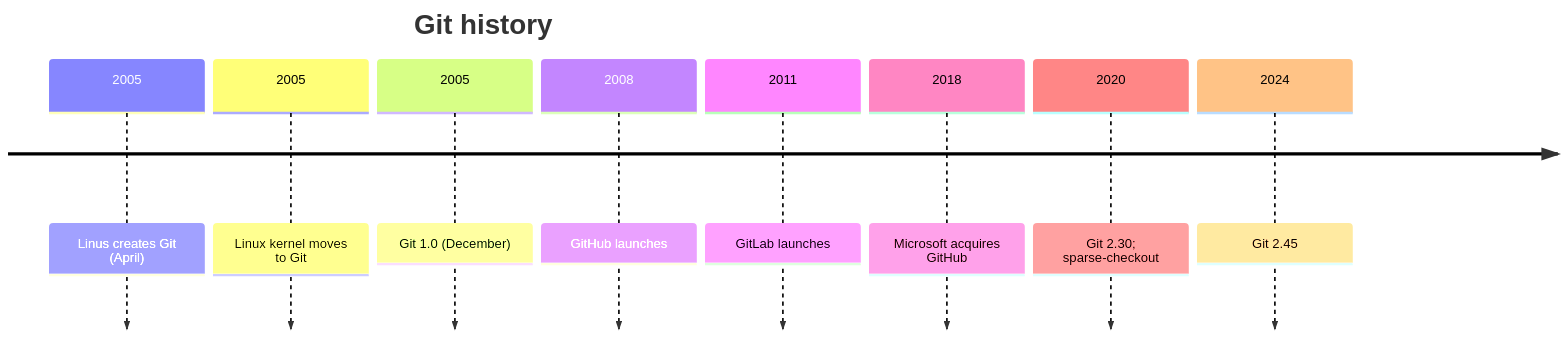
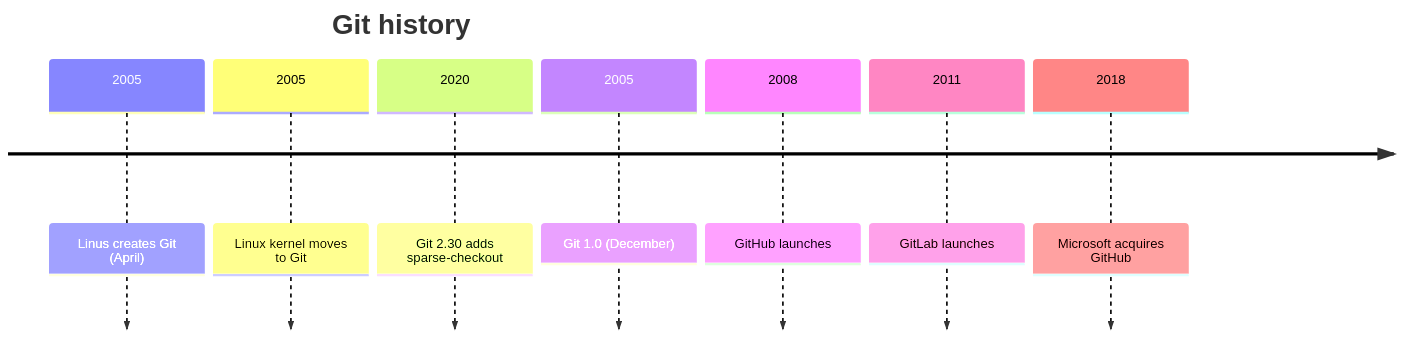
The second of 17 diagrams in 15-git/git.md (vishvasg14/software-engineering-encyclopedia), drawn with Mermaid before and after one commit. The commit also changed 4 other files, not shown here.

First line of the commit message:
fix(mermaid): resolve 6 syntax errors flagged by mermaid parser

````diff
--- a/15-git/git.md
+++ b/15-git/git.md
@@ -163,12 +163,12 @@
 ```mermaid
 timeline
     title Git history
     2005 : Linus creates Git (April)
     2005 : Linux kernel moves to Git
+    2020 : Git 2.30 adds sparse-checkout
     2005 : Git 1.0 (December)
     2008 : GitHub launches
     2011 : GitLab launches
     2018 : Microsoft acquires GitHub
-    2020 : Git 2.30; sparse-checkout
-    2024 : Git 2.45
+
 ```
````
